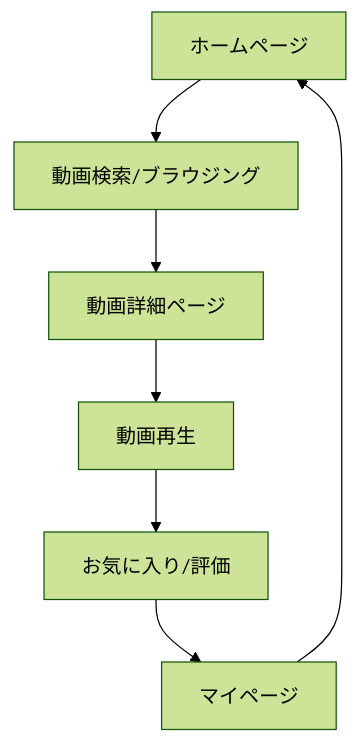
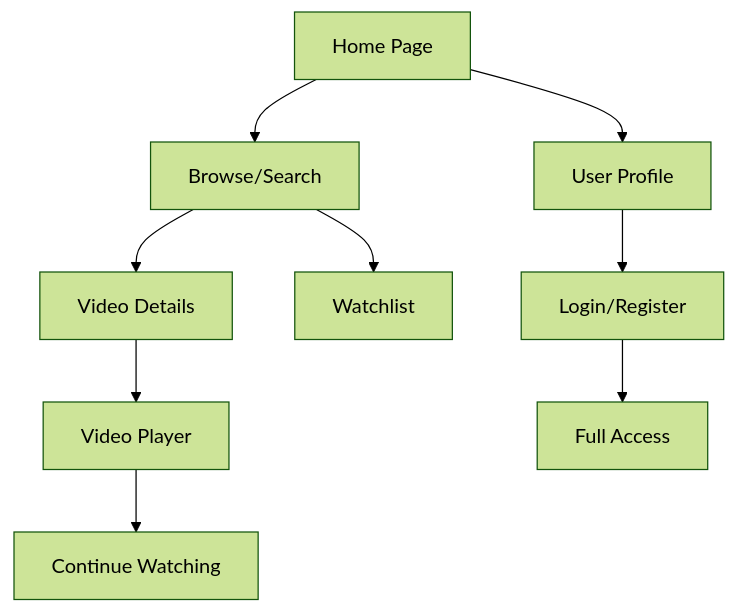
The diagram in .trae/documents/video_streaming_prd.md (mashharuki/TARE_sample), drawn with Mermaid (forest theme) before and after one commit. The commit also changed other lines of this file and 31 other files, not shown here.

````diff
--- a/.trae/documents/video_streaming_prd.md
+++ b/.trae/documents/video_streaming_prd.md
@@ -46,9 +62,11 @@
 ```mermaid
 graph TD
-    A[ホームページ] --> B[動画検索/ブラウジング]
-    B --> C[動画詳細ページ]
-    C --> D[動画再生]
-    D --> E[お気に入り/評価]
-    E --> F[マイページ]
-    F --> A
+    A[Home Page] --> B[Browse/Search]
+    B --> C[Video Details]
+    C --> D[Video Player]
+    D --> E[Continue Watching]
+    B --> F[Watchlist]
+    A --> G[User Profile]
+    G --> H[Login/Register]
+    H --> I[Full Access]
 ```
````
